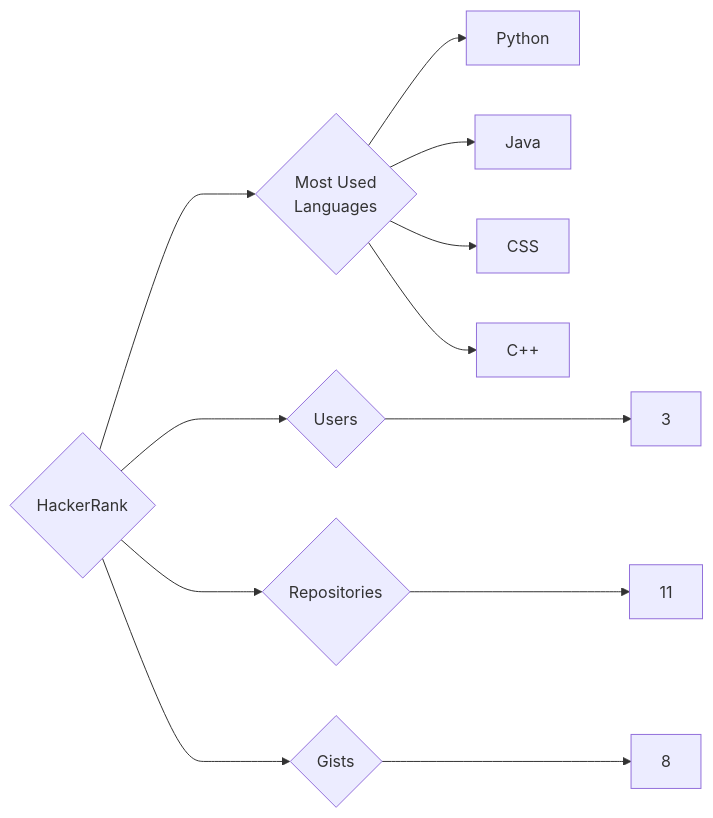
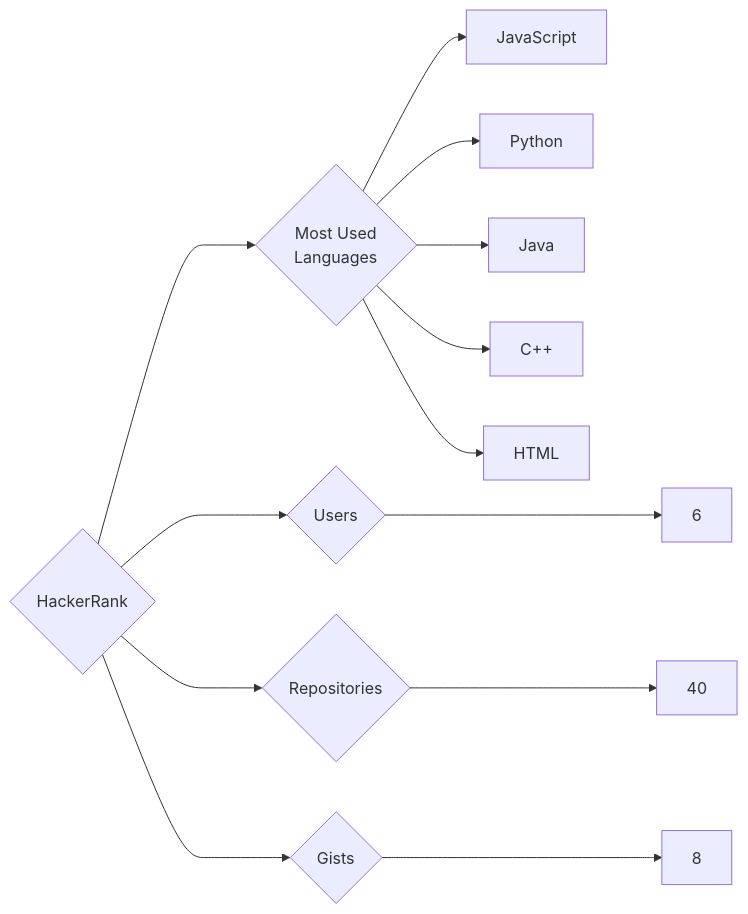
The diagram in targets/HackerRank/README.md (trickest/insiders), drawn with Mermaid before and after one commit. The commit also changed 749 other files, not shown here.

````diff
--- a/targets/HackerRank/README.md
+++ b/targets/HackerRank/README.md
@@ -3,12 +3,13 @@
 ```mermaid
 graph LR
 COMPANY_NAME{HackerRank}
-COMPANY_NAME ---> U{Users} ---> UN[3]
-COMPANY_NAME ---> R{Repositories} ---> RN[11]
+COMPANY_NAME ---> U{Users} ---> UN[6]
+COMPANY_NAME ---> R{Repositories} ---> RN[40]
 COMPANY_NAME ---> G{Gists} ---> GN[8]
 COMPANY_NAME ---> ML{Most Used<br>Languages}
+ML --> JavaScript[JavaScript]
 ML --> Python[Python]
 ML --> Java[Java]
-ML --> CSS[CSS]
 ML --> C++[C++]
+ML --> HTML[HTML]
 ```
````
